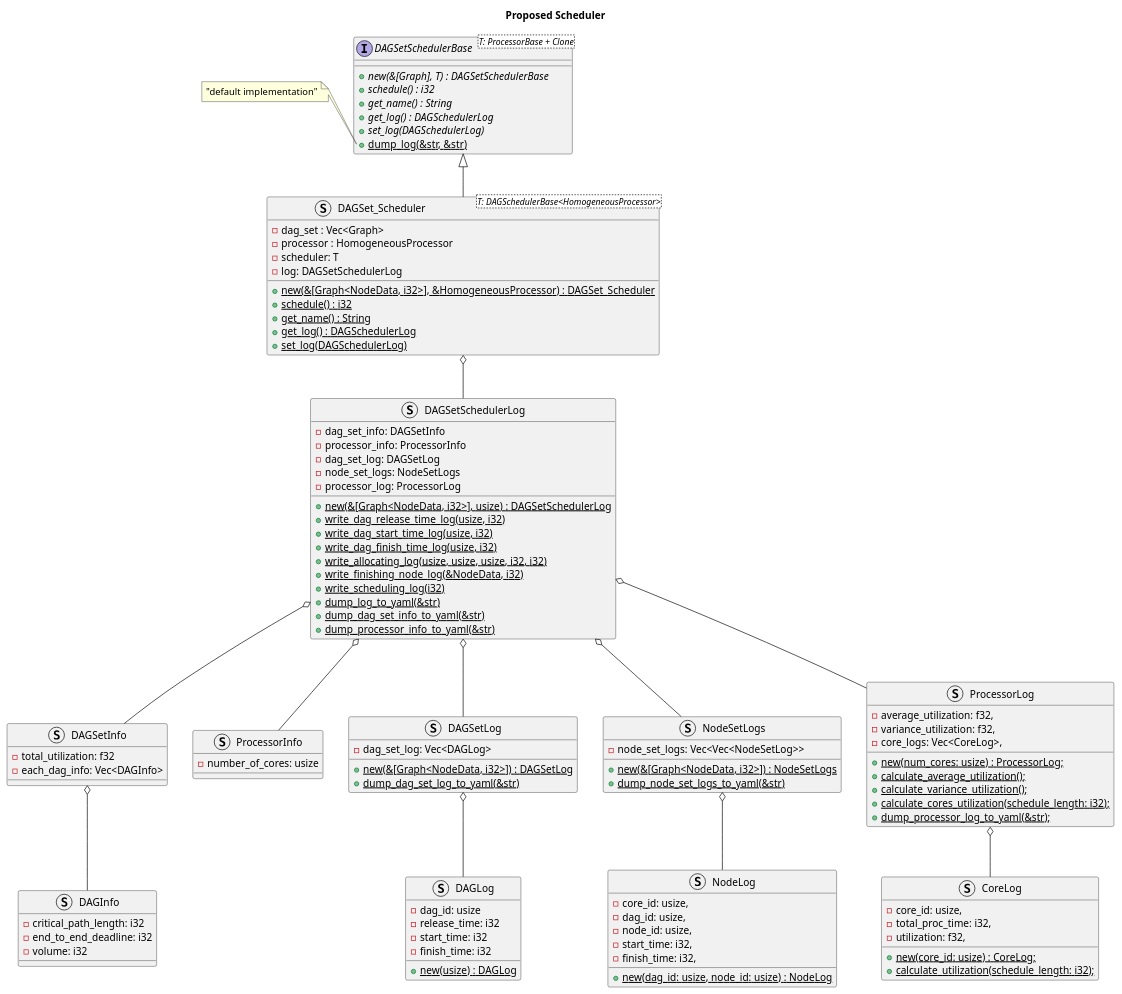
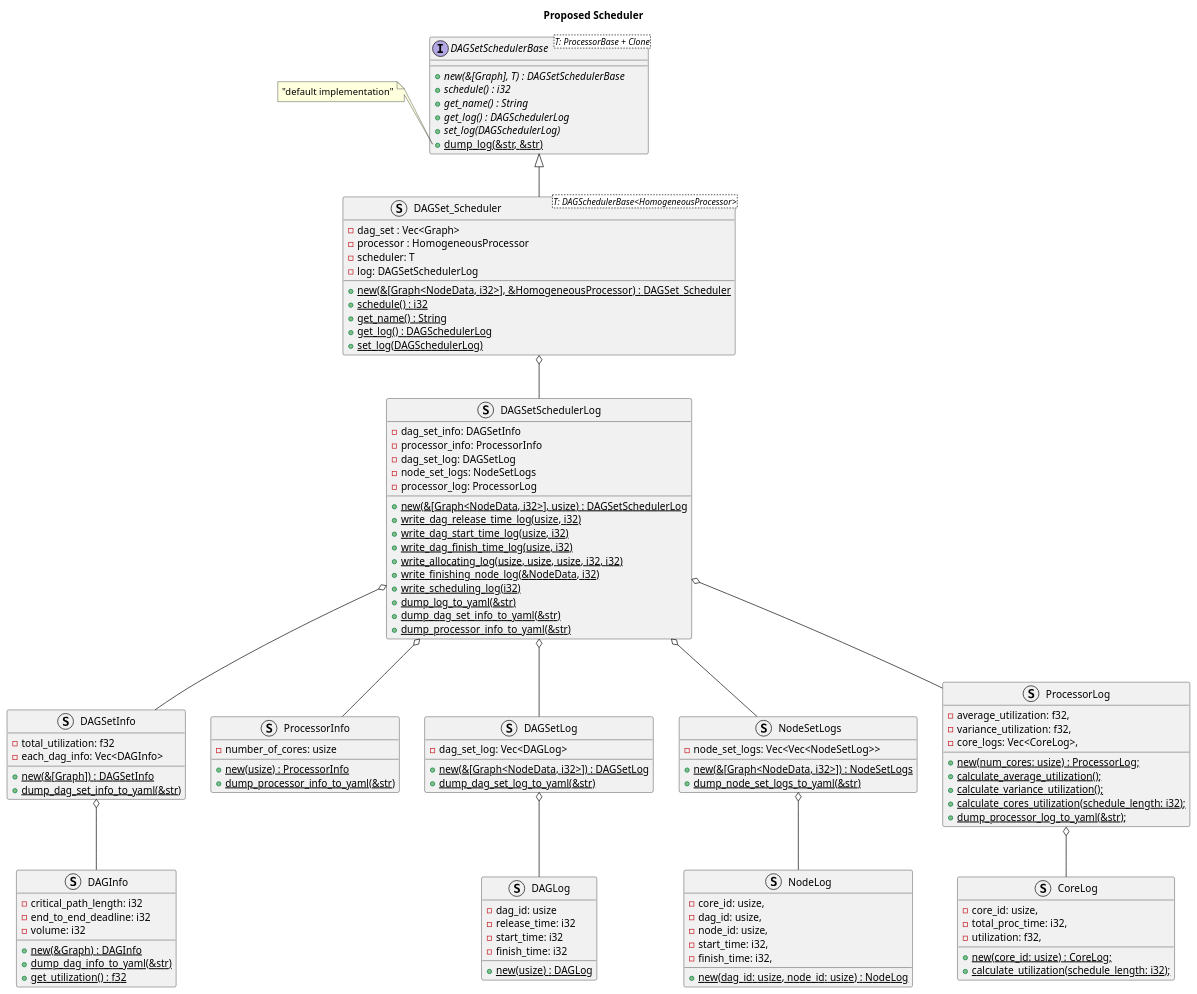
Before and after one commit to emb4-team/sched_sim_rust: the diagram in UML/DAGSetScheduler.pu, drawn with PlantUML. The commit also changed 5 other files, not shown here.

```diff
--- a/UML/DAGSetScheduler.pu
+++ b/UML/DAGSetScheduler.pu
@@ -1,133 +1,144 @@
 @startuml DAGSet_Scheduler
 title Proposed Scheduler
 
     interface DAGSetSchedulerBase<T: ProcessorBase + Clone> {
         + {abstract} new(&[Graph], T) : DAGSetSchedulerBase
         + {abstract} schedule() : i32
         + {abstract} get_name() : String
         + {abstract} get_log() : DAGSchedulerLog
         + {abstract} set_log(DAGSchedulerLog)
         + {static} dump_log(&str, &str)
     }
 
     note left of DAGSetSchedulerBase::dump_log
     "default implementation"
     end note
 
     struct DAGSetInfo {
         - total_utilization: f32
         - each_dag_info: Vec<DAGInfo>
+
+        + {static} new(&[Graph]) : DAGSetInfo
+        + {static} dump_dag_set_info_to_yaml(&str)
     }
 
     struct DAGInfo {
         - critical_path_length: i32
         - end_to_end_deadline: i32
         - volume: i32
+
+        + {static} new(&Graph) : DAGInfo
+        + {static} dump_dag_info_to_yaml(&str)
+        + {static} get_utilization() : f32
+
     }
 
     struct ProcessorInfo {
         - number_of_cores: usize
+
+        + {static} new(usize) : ProcessorInfo
+        + {static} dump_processor_info_to_yaml(&str)
     }
 
     struct DAGSetSchedulerLog {
         - dag_set_info: DAGSetInfo
         - processor_info: ProcessorInfo
         - dag_set_log: DAGSetLog
         - node_set_logs: NodeSetLogs
         - processor_log: ProcessorLog
 
         + {static} new(&[Graph<NodeData, i32>], usize) : DAGSetSchedulerLog
         + {static} write_dag_release_time_log(usize, i32)
         + {static} write_dag_start_time_log(usize, i32)
         + {static} write_dag_finish_time_log(usize, i32)
         + {static} write_allocating_log(usize, usize, usize, i32, i32)
         + {static} write_finishing_node_log(&NodeData, i32)
         + {static} write_scheduling_log(i32)
         + {static} dump_log_to_yaml(&str)
         + {static} dump_dag_set_info_to_yaml(&str)
         + {static} dump_processor_info_to_yaml(&str)
     }
 
     struct DAGSet_Scheduler<T: DAGSchedulerBase<HomogeneousProcessor>> {
         - dag_set : Vec<Graph>
         - processor : HomogeneousProcessor
         - scheduler: T
         - log: DAGSetSchedulerLog
         + {static} new(&[Graph<NodeData, i32>], &HomogeneousProcessor) : DAGSet_Scheduler
         + {static} schedule() : i32
         + {static} get_name() : String
         + {static} get_log() : DAGSchedulerLog
         + {static} set_log(DAGSchedulerLog)
     }
 
     struct DAGSetLog {
         - dag_set_log: Vec<DAGLog>
 
         + {static} new(&[Graph<NodeData, i32>]) : DAGSetLog
         + {static} dump_dag_set_log_to_yaml(&str)
     }
 
     struct DAGLog {
         - dag_id: usize
         - release_time: i32
         - start_time: i32
         - finish_time: i32
 
         + {static} new(usize) : DAGLog
     }
 
     struct NodeSetLogs {
         - node_set_logs: Vec<Vec<NodeSetLog>>
 
         + {static} new(&[Graph<NodeData, i32>]) : NodeSetLogs
         + {static} dump_node_set_logs_to_yaml(&str)
     }
     
     struct NodeLog {
         - core_id: usize,
         - dag_id: usize,
         - node_id: usize,
         - start_time: i32,
         - finish_time: i32,
 
         + {static} new(dag_id: usize, node_id: usize) : NodeLog
     }
 
     struct ProcessorLog {
         - average_utilization: f32,
         - variance_utilization: f32,
         - core_logs: Vec<CoreLog>,
 
         + {static} new(num_cores: usize) : ProcessorLog;
         + {static} calculate_average_utilization();
         + {static} calculate_variance_utilization();
         + {static} calculate_cores_utilization(schedule_length: i32);
         + {static} dump_processor_log_to_yaml(&str);
     }
 
     struct CoreLog {
         - core_id: usize,
         - total_proc_time: i32,
         - utilization: f32,
 
         + {static} new(core_id: usize) : CoreLog;
         + {static} calculate_utilization(schedule_length: i32);
     }  
 
     DAGSetSchedulerBase <|-down- DAGSet_Scheduler
 
     DAGSet_Scheduler o-down- DAGSetSchedulerLog
 
     DAGSetSchedulerLog o-down- DAGSetInfo
     DAGSetSchedulerLog o-down- ProcessorInfo
     DAGSetSchedulerLog o-down- DAGSetLog
     DAGSetSchedulerLog o-down- NodeSetLogs
     DAGSetSchedulerLog o-down- ProcessorLog
     
     DAGSetInfo o-down- DAGInfo
     DAGSetLog o-down- DAGLog
     NodeSetLogs o-down- NodeLog
     ProcessorLog o-down- CoreLog
 
 
 @enduml
```
